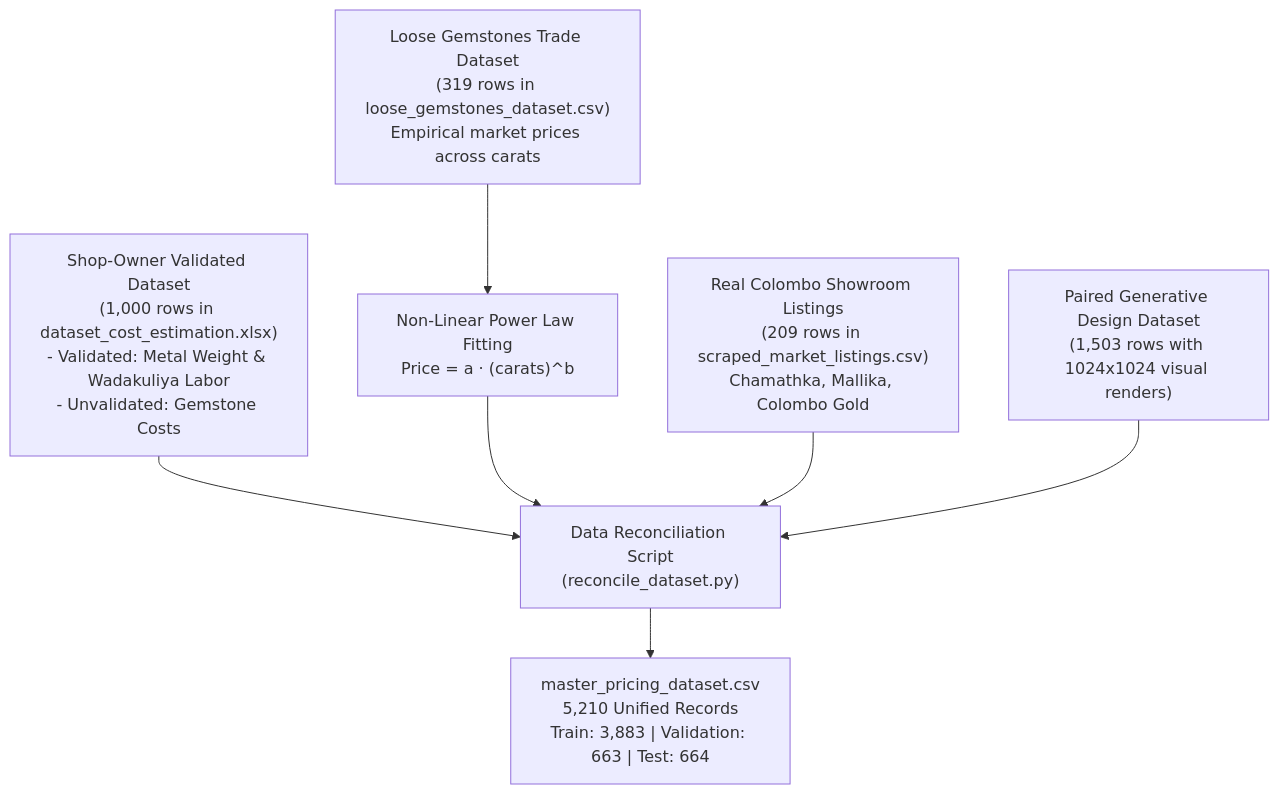
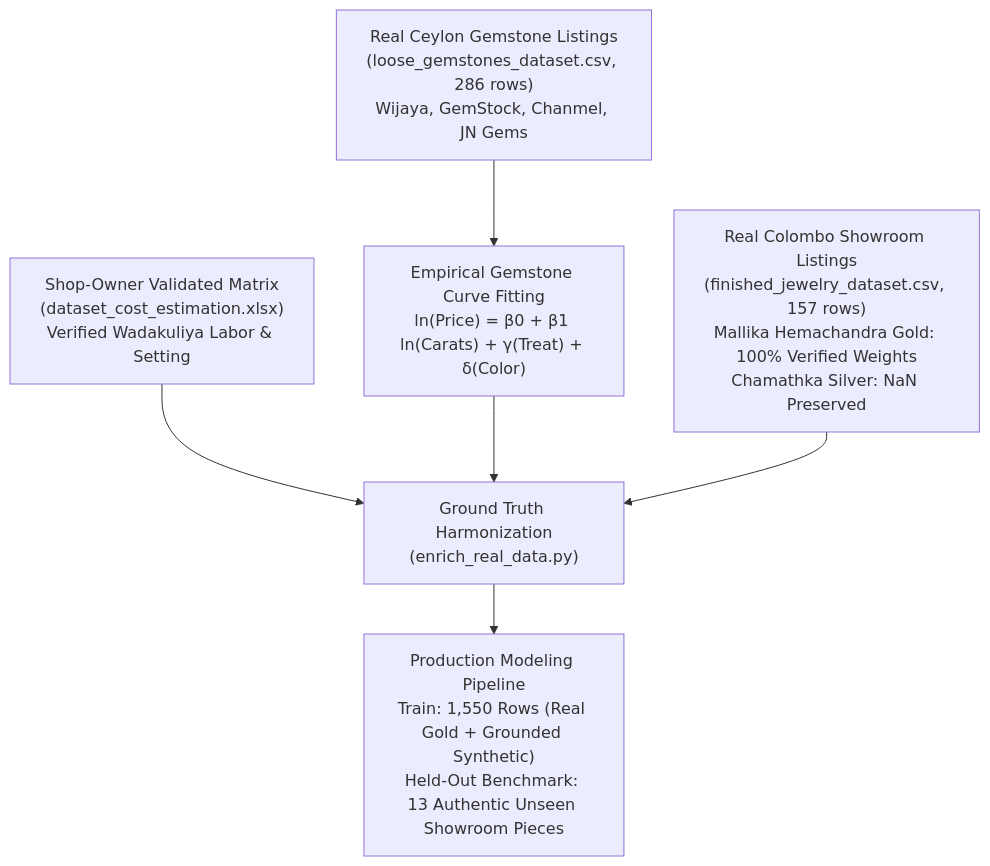
Before and after one commit to anuk549/GemVision: the diagram in ml/jewelrydesigngeneration/docs/MODEL_TRAINING_AND_METHODOLOGY_GUIDE.md, drawn with Mermaid. The commit also changed other lines of this file and 2 other files, not shown here.

Commit message:
docs: sync updated model 2 architecture and methodology guides

````diff
--- a/ml/jewelrydesigngeneration/docs/MODEL_TRAINING_AND_METHODOLOGY_GUIDE.md
+++ b/ml/jewelrydesigngeneration/docs/MODEL_TRAINING_AND_METHODOLOGY_GUIDE.md
@@ -25,9 +30,8 @@
 ```mermaid
 flowchart TD
-    D1["Shop-Owner Validated Dataset<br/>(1,000 rows in dataset_cost_estimation.xlsx)<br/>- Validated: Metal Weight & Wadakuliya Labor<br/>- Unvalidated: Gemstone Costs"] --> RECON["Data Reconciliation Script<br/>(reconcile_dataset.py)"]
-    D2["Loose Gemstones Trade Dataset<br/>(319 rows in loose_gemstones_dataset.csv)<br/>Empirical market prices across carats"] --> FIT["Non-Linear Power Law Fitting<br/>Price = a · (carats)^b"]
-    FIT --> RECON
-    D3["Real Colombo Showroom Listings<br/>(209 rows in scraped_market_listings.csv)<br/>Chamathka, Mallika, Colombo Gold"] --> RECON
-    D4["Paired Generative Design Dataset<br/>(1,503 rows with 1024x1024 visual renders)"] --> RECON
-    RECON --> MASTER["master_pricing_dataset.csv<br/>5,210 Unified Records<br/>Train: 3,883 | Validation: 663 | Test: 664"]
+    D1["Shop-Owner Validated Matrix<br/>(dataset_cost_estimation.xlsx)<br/>Verified Wadakuliya Labor & Setting"] --> HARMONIZE["Ground Truth Harmonization<br/>(enrich_real_data.py)"]
+    D2["Real Ceylon Gemstone Listings<br/>(loose_gemstones_dataset.csv, 286 rows)<br/>Wijaya, GemStock, Chanmel, JN Gems"] --> FIT["Empirical Gemstone Curve Fitting<br/>ln(Price) = β0 + β1 ln(Carats) + γ(Treat) + δ(Color)"]
+    FIT --> HARMONIZE
+    D3["Real Colombo Showroom Listings<br/>(finished_jewelry_dataset.csv, 157 rows)<br/>Mallika Hemachandra Gold: 100% Verified Weights<br/>Chamathka Silver: NaN Preserved"] --> HARMONIZE
+    HARMONIZE --> TRAIN_DATA["Production Modeling Pipeline<br/>Train: 1,550 Rows (Real Gold + Grounded Synthetic)<br/>Held-Out Benchmark: 13 Authentic Unseen Showroom Pieces"]
 ```
````
